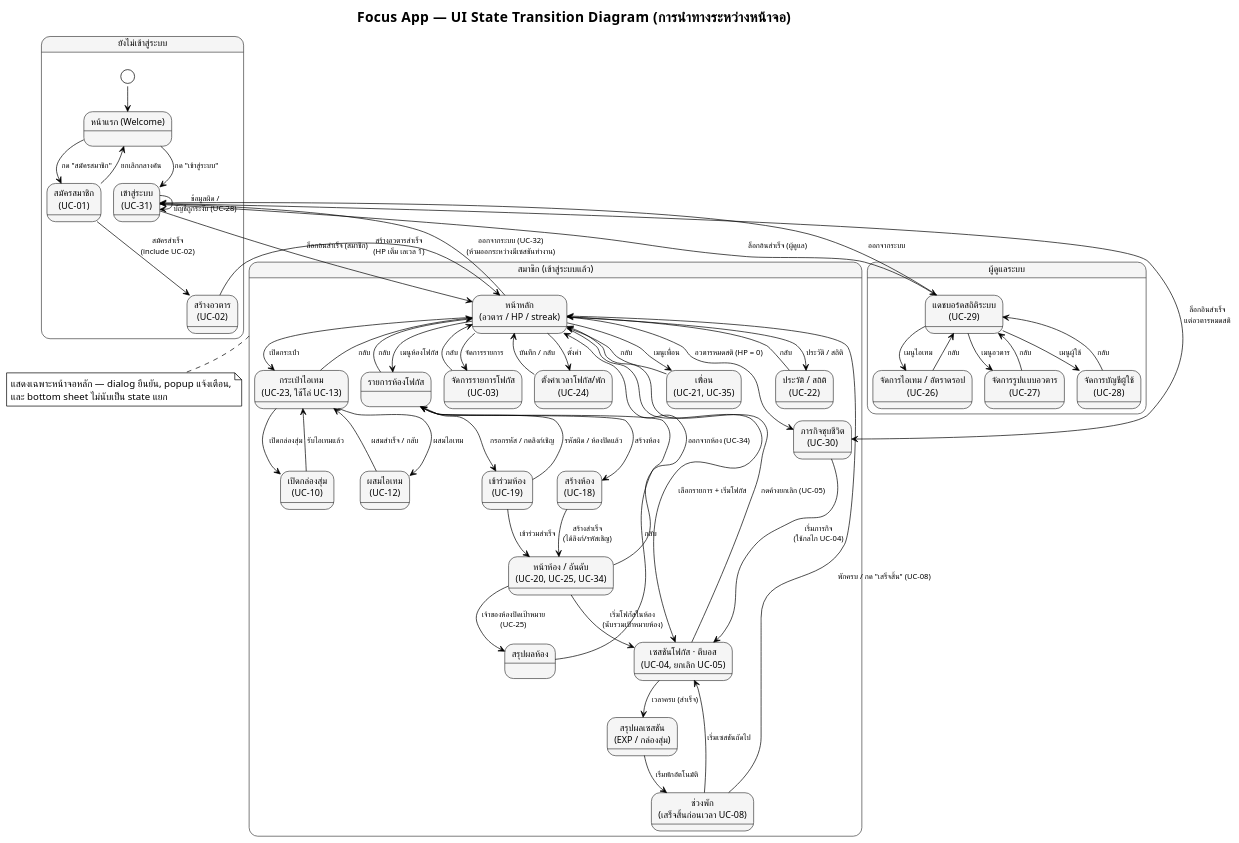
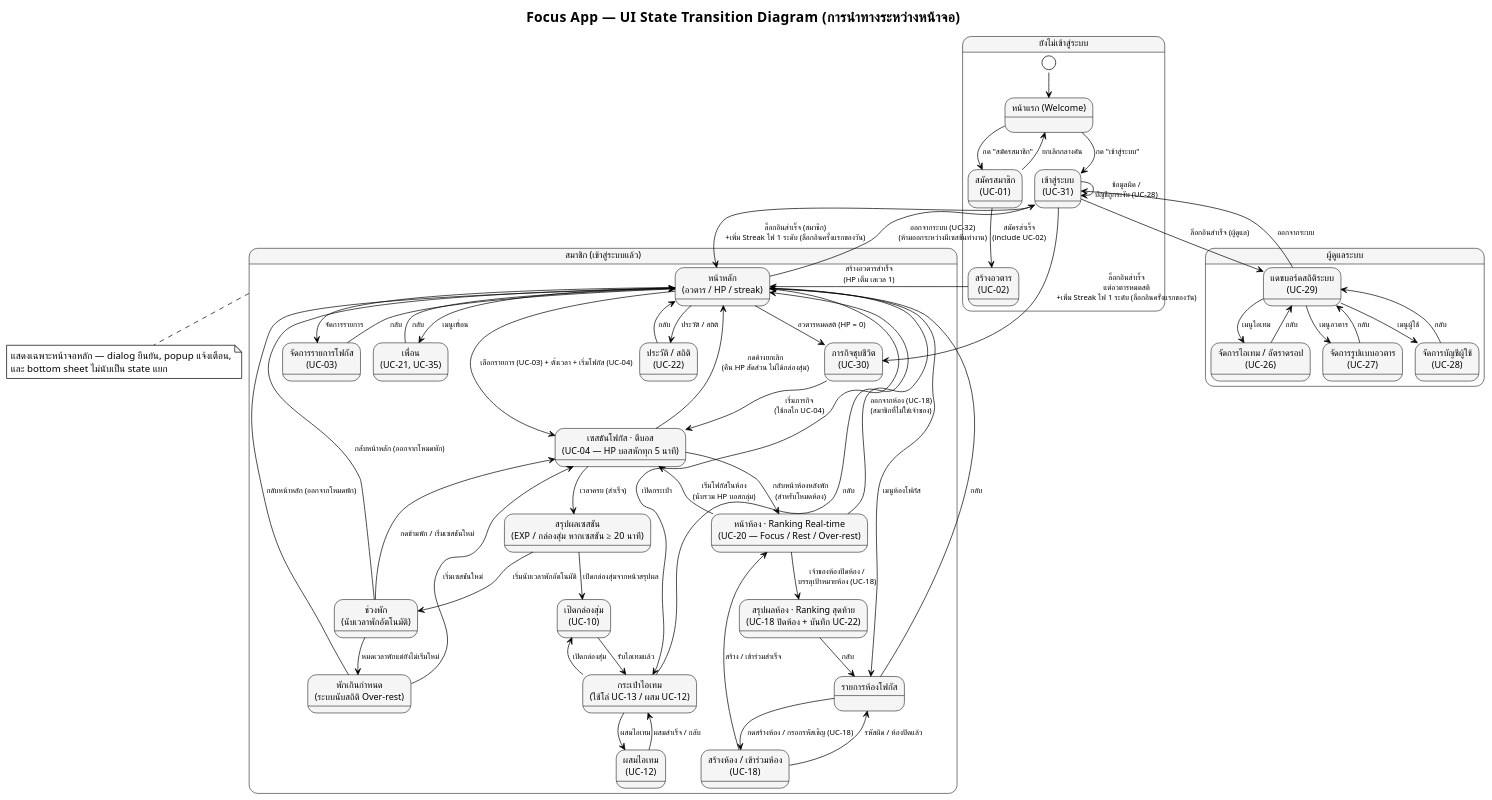
One commit to popotaroman-cloud/dssiprj-pad changed the diagram in proposal/usecase/ui_state_diagram.puml. Above: the diagram before and after it, drawn with PlantUML. The commit also changed 23 other files, not shown here.

Commit message:
แก้ usecase_description,usecase_activity,usecase_diagram,usecase_description,ui_state_diadgram

```diff
--- a/proposal/usecase/ui_state_diagram.puml
+++ b/proposal/usecase/ui_state_diagram.puml
@@ -1,140 +1,140 @@
 @startuml ui_state_diagram
 ' ══════════════════════════════════════════════════════════════════
 ' รองรับภาษาไทย — อ่านก่อน render:
 ' 1. บันทึกไฟล์นี้เป็น UTF-8 (ไม่ต้องมี BOM) เสมอ
 ' 2. ถ้า render ผ่าน CLI (plantuml.jar) ต้องระบุ flag encoding ด้วย:
 '      java -Dfile.encoding=UTF-8 -jar plantuml.jar -charset UTF-8 ui_state_diagram.puml
 ' 3. บังคับใช้ Smetana (pure-Java layout engine) แทน Graphviz/dot
 !pragma layout smetana
 skinparam defaultFontName "TH Sarabun New"
 skinparam defaultFontSize 14
 ' ══════════════════════════════════════════════════════════════════
 
 !theme plain
 skinparam titleFontName "TH Sarabun New"
 skinparam titleFontSize 20
 skinparam noteFontName "TH Sarabun New"
 skinparam ArrowFontName "TH Sarabun New"
 skinparam ArrowFontSize 11
 
 ' ===== Monochrome เท่านั้น =====
 skinparam state {
   BackgroundColor #F5F5F5
   BorderColor #424242
   FontName "TH Sarabun New"
   FontSize 13
   ArrowFontName "TH Sarabun New"
 }
 
 title Focus App — UI State Transition Diagram (การนำทางระหว่างหน้าจอ)
 
 ' ═════════ โซนก่อนเข้าสู่ระบบ ═════════
 state "ยังไม่เข้าสู่ระบบ" as PreAuth {
   state "หน้าแรก (Welcome)" as Welcome
   state "สมัครสมาชิก\n(UC-01)" as Register
   state "เข้าสู่ระบบ\n(UC-31)" as Login
   state "สร้างอวตาร\n(UC-02)" as CreateAvatar
 
   [*] --> Welcome
   Welcome --> Register : กด "สมัครสมาชิก"
   Welcome --> Login : กด "เข้าสู่ระบบ"
   Register --> Welcome : ยกเลิกกลางคัน
   Register --> CreateAvatar : สมัครสำเร็จ\n(include UC-02)
   Login --> Login : ข้อมูลผิด /\nบัญชีถูกระงับ (UC-28)
 }
 
 ' ═════════ โซนสมาชิก ═════════
 state "สมาชิก (เข้าสู่ระบบแล้ว)" as Member {
   state "หน้าหลัก\n(อวตาร / HP / streak)" as Home
   state "จัดการรายการโฟกัส\n(UC-03)" as FocusList
-  state "ตั้งค่าเวลาโฟกัส/พัก\n(UC-24)" as Settings
-  state "เซสชันโฟกัส · ตีบอส\n(UC-04, ยกเลิก UC-05)" as Session
-  state "สรุปผลเซสชัน\n(EXP / กล่องสุ่ม)" as Summary
-  state "ช่วงพัก\n(เสร็จสิ้นก่อนเวลา UC-08)" as Break
+  state "เซสชันโฟกัส · ตีบอส\n(UC-04 — HP บอสหักทุก 5 นาที)" as Session
+  state "สรุปผลเซสชัน\n(EXP / กล่องสุ่ม หากเซสชัน ≥ 20 นาที)" as Summary
+  state "ช่วงพัก\n(นับเวลาพักอัตโนมัติ)" as Break
+  state "พักเกินกำหนด\n(ระบบนับสถิติ Over-rest)" as OverRest
   state "ภารกิจชุบชีวิต\n(UC-30)" as Revival
-  state "กระเป๋าไอเทม\n(UC-23, ใช้โล่ UC-13)" as Inventory
+  state "กระเป๋าไอเทม\n(ใช้โล่ UC-13 / ผสม UC-12)" as Inventory
   state "เปิดกล่องสุ่ม\n(UC-10)" as LootBox
   state "ผสมไอเทม\n(UC-12)" as Crafting
   state "รายการห้องโฟกัส" as RoomList
-  state "สร้างห้อง\n(UC-18)" as CreateRoom
-  state "เข้าร่วมห้อง\n(UC-19)" as JoinRoom
-  state "หน้าห้อง / อันดับ\n(UC-20, UC-25, UC-34)" as RoomView
-  state "สรุปผลห้อง" as RoomSummary
+  state "สร้างห้อง / เข้าร่วมห้อง\n(UC-18)" as RoomEntry
+  state "หน้าห้อง · Ranking Real-time\n(UC-20 — Focus / Rest / Over-rest)" as RoomView
+  state "สรุปผลห้อง · Ranking สุดท้าย\n(UC-18 ปิดห้อง + บันทึก UC-22)" as RoomSummary
   state "เพื่อน\n(UC-21, UC-35)" as Friends
   state "ประวัติ / สถิติ\n(UC-22)" as History
 
   ' --- เตรียมพร้อม ---
   Home --> FocusList : จัดการรายการ
   FocusList --> Home : กลับ
-  Home --> Settings : ตั้งค่า
-  Settings --> Home : บันทึก / กลับ
 
   ' --- วงจรเซสชันโฟกัส (core loop) ---
-  Home --> Session : เลือกรายการ + เริ่มโฟกัส
+  Home --> Session : เลือกรายการ (UC-03) + ตั้งเวลา + เริ่มโฟกัส (UC-04)
   Session --> Summary : เวลาครบ (สำเร็จ)
-  Session --> Home : กดค้างยกเลิก (UC-05)
-  Summary --> Break : เริ่มพักอัตโนมัติ
-  Break --> Session : เริ่มเซสชันถัดไป
-  Break --> Home : พักครบ / กด "เสร็จสิ้น" (UC-08)
+  Session --> Home : กดค้างยกเลิก\n(คืน HP สัดส่วน ไม่ได้กล่องสุ่ม)
+  Summary --> Break : เริ่มนับเวลาพักอัตโนมัติ
+  Break --> Session : กดข้ามพัก / เริ่มเซสชันใหม่
+  Break --> OverRest : หมดเวลาพักแต่ยังไม่เริ่มใหม่
+  OverRest --> Session : เริ่มเซสชันใหม่
+  OverRest --> Home : กลับหน้าหลัก (ออกจากโหมดพัก)
+  Break --> Home : กลับหน้าหลัก (ออกจากโหมดพัก)
 
   ' --- ชุบชีวิต ---
   Home --> Revival : อวตารหมดสติ (HP = 0)
   Revival --> Session : เริ่มภารกิจ\n(ใช้กลไก UC-04)
 
   ' --- ไอเทม ---
   Home --> Inventory : เปิดกระเป๋า
   Inventory --> Home : กลับ
   Inventory --> LootBox : เปิดกล่องสุ่ม
   LootBox --> Inventory : รับไอเทมแล้ว
   Inventory --> Crafting : ผสมไอเทม
   Crafting --> Inventory : ผสมสำเร็จ / กลับ
+  Summary --> LootBox : เปิดกล่องสุ่มจากหน้าสรุปผล
 
   ' --- ห้องโฟกัส ---
   Home --> RoomList : เมนูห้องโฟกัส
   RoomList --> Home : กลับ
-  RoomList --> CreateRoom : สร้างห้อง
-  CreateRoom --> RoomView : สร้างสำเร็จ\n(ได้ลิงก์/รหัสเชิญ)
-  RoomList --> JoinRoom : กรอกรหัส / กดลิงก์เชิญ
-  JoinRoom --> RoomView : เข้าร่วมสำเร็จ
-  JoinRoom --> RoomList : รหัสผิด / ห้องปิดแล้ว
-  RoomView --> Session : เริ่มโฟกัสในห้อง\n(นับรวมเป้าหมายห้อง)
-  RoomView --> RoomSummary : เจ้าของห้องปิดเป้าหมาย\n(UC-25)
-  RoomView --> Home : ออกจากห้อง (UC-34)
+  RoomList --> RoomEntry : กดสร้างห้อง / กรอกรหัสเชิญ (UC-18)
+  RoomEntry --> RoomView : สร้าง / เข้าร่วมสำเร็จ
+  RoomEntry --> RoomList : รหัสผิด / ห้องปิดแล้ว
+  RoomView --> Session : เริ่มโฟกัสในห้อง\n(นับรวม HP บอสกลุ่ม)
+  Session --> RoomView : กลับหน้าห้องหลังพัก\n(สำหรับโหมดห้อง)
+  RoomView --> RoomSummary : เจ้าของห้องปิดห้อง /\nบรรลุเป้าหมายห้อง (UC-18)
+  RoomView --> Home : ออกจากห้อง (UC-18)\n(สมาชิกที่ไม่ใช่เจ้าของ)
   RoomSummary --> RoomList : กลับ
 
   ' --- สังคม / ประวัติ ---
   Home --> Friends : เมนูเพื่อน
   Friends --> Home : กลับ
   Home --> History : ประวัติ / สถิติ
   History --> Home : กลับ
 }
 
 ' ═════════ โซนผู้ดูแลระบบ ═════════
 state "ผู้ดูแลระบบ" as Admin {
   state "แดชบอร์ดสถิติระบบ\n(UC-29)" as AdminDash
   state "จัดการไอเทม / อัตราดรอป\n(UC-26)" as ItemMgmt
   state "จัดการรูปแบบอวตาร\n(UC-27)" as AvatarMgmt
   state "จัดการบัญชีผู้ใช้\n(UC-28)" as UserMgmt
 
   AdminDash --> ItemMgmt : เมนูไอเทม
   ItemMgmt --> AdminDash : กลับ
   AdminDash --> AvatarMgmt : เมนูอวตาร
   AvatarMgmt --> AdminDash : กลับ
   AdminDash --> UserMgmt : เมนูผู้ใช้
   UserMgmt --> AdminDash : กลับ
 }
 
 ' ═════════ ข้ามโซน ═════════
 CreateAvatar --> Home : สร้างอวตารสำเร็จ\n(HP เต็ม เลเวล 1)
-Login --> Home : ล็อกอินสำเร็จ (สมาชิก)
-Login --> Revival : ล็อกอินสำเร็จ\nแต่อวตารหมดสติ
+Login --> Home : ล็อกอินสำเร็จ (สมาชิก)\n+เพิ่ม Streak ไฟ 1 ระดับ (ล็อกอินครั้งแรกของวัน)
+Login --> Revival : ล็อกอินสำเร็จ\nแต่อวตารหมดสติ\n+เพิ่ม Streak ไฟ 1 ระดับ (ล็อกอินครั้งแรกของวัน)
 Login --> AdminDash : ล็อกอินสำเร็จ (ผู้ดูแล)
 Home --> Login : ออกจากระบบ (UC-32)\n(ห้ามออกระหว่างมีเซสชันทำงาน)
 AdminDash --> Login : ออกจากระบบ
 
 note bottom of Member
   แสดงเฉพาะหน้าจอหลัก — dialog ยืนยัน, popup แจ้งเตือน,
   และ bottom sheet ไม่นับเป็น state แยก
 end note
 
 @enduml
```
